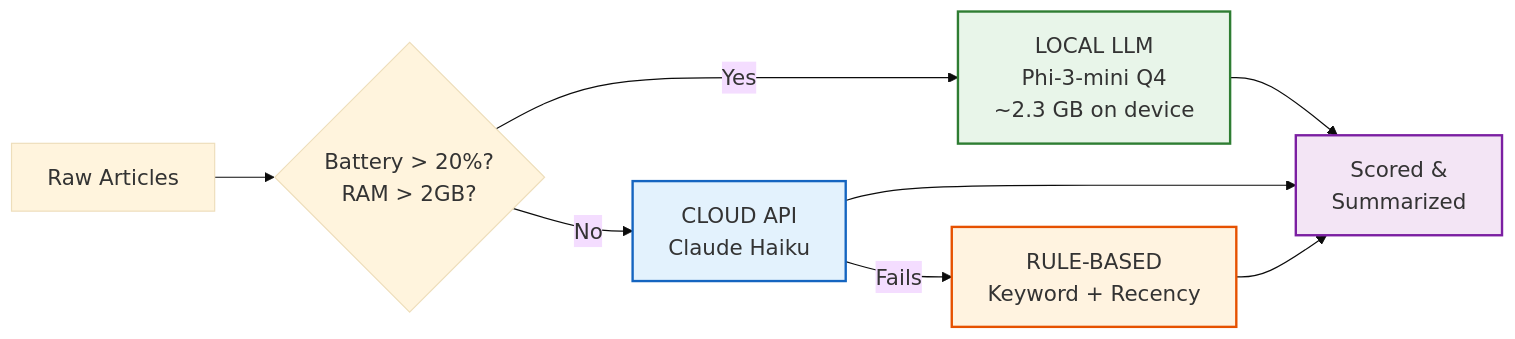
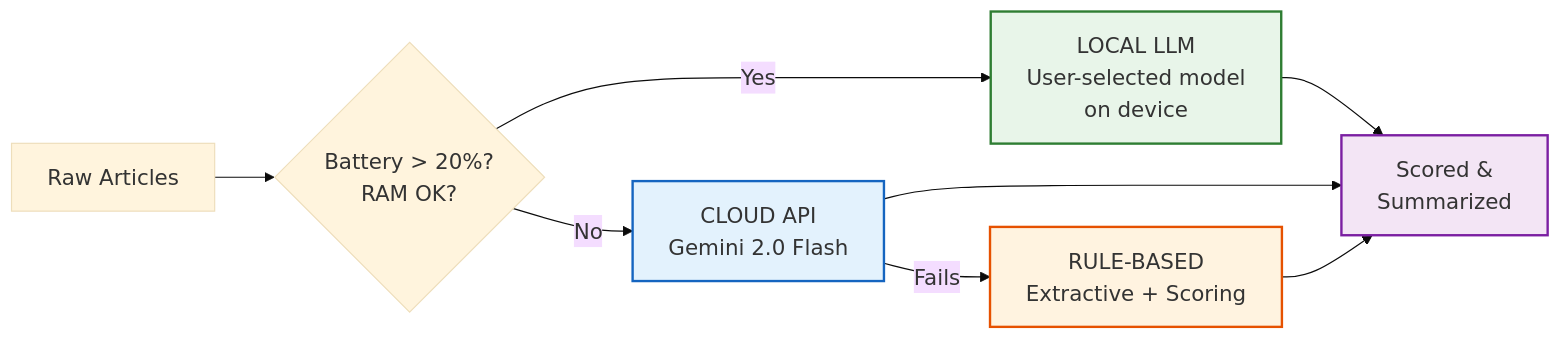
The seventh of 10 diagrams in ARCHITECTURE.md (RandhirGupta/PaperwalaApp), drawn with Mermaid before and after one commit. The commit also changed other lines of this file and 1 other file, not shown here.

First line of the commit message:
Update docs for model selection and Phase 3 completion

````diff
--- a/ARCHITECTURE.md
+++ b/ARCHITECTURE.md
@@ -183,18 +183,18 @@
 ```mermaid
 %%{init: {'theme': 'base', 'themeVariables': {'fontSize': '18px'}}}%%
 flowchart LR
-    Input["Raw Articles"] --> Guard{"Battery > 20%?<br/>RAM > 2GB?"}
+    Input["Raw Articles"] --> Guard{"Battery > 20%?<br/>RAM OK?"}
 
-    Guard -- Yes --> Local["LOCAL LLM<br/>Phi-3-mini Q4<br/>~2.3 GB on device"]
-    Guard -- No --> Cloud["CLOUD API<br/>Claude Haiku"]
-    Cloud -- Fails --> Rules["RULE-BASED<br/>Keyword + Recency"]
+    Guard -- Yes --> Local["LOCAL LLM<br/>User-selected model<br/>on device"]
+    Guard -- No --> Cloud["CLOUD API<br/>Gemini 2.0 Flash"]
+    Cloud -- Fails --> Rules["RULE-BASED<br/>Extractive + Scoring"]
 
     Local --> Output["Scored &<br/>Summarized"]
     Cloud --> Output
     Rules --> Output
 
     style Local fill:#E8F5E9,stroke:#2E7D32,stroke-width:2px
     style Cloud fill:#E3F2FD,stroke:#1565C0,stroke-width:2px
     style Rules fill:#FFF3E0,stroke:#E65100,stroke-width:2px
     style Output fill:#F3E5F5,stroke:#7B1FA2,stroke-width:2px
 ```
````
